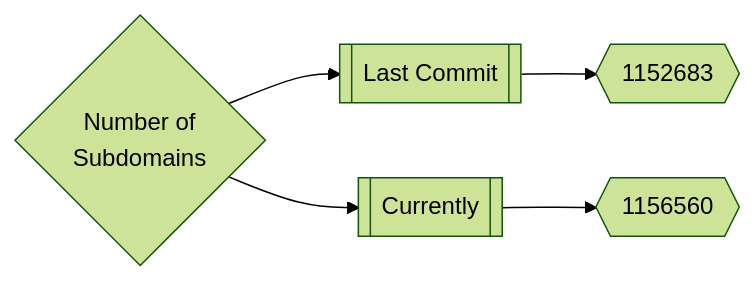
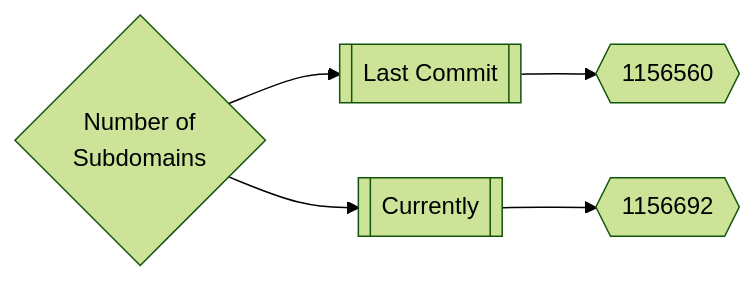
One commit to trickest/inventory changed the first of 3 diagrams in README.md. Above: the diagram before and after it, drawn with Mermaid (forest theme). The commit also changed other lines of this file, not shown here.

Commit message:
Update Sat Apr  2 07:03:12 UTC 2022

````diff
--- a/README.md
+++ b/README.md
@@ -165,5 +165,5 @@
 ```mermaid
 graph LR
-title{Number of<br>Subdomains} --> subdomainsDate1[[Last Commit]] --> subdomainsNum1{{1152683}}
-title --> subdomainsDate2[[Currently]] --> subdomainsNum2{{1156560}}
+title{Number of<br>Subdomains} --> subdomainsDate1[[Last Commit]] --> subdomainsNum1{{1156560}}
+title --> subdomainsDate2[[Currently]] --> subdomainsNum2{{1156692}}
 ```
````
